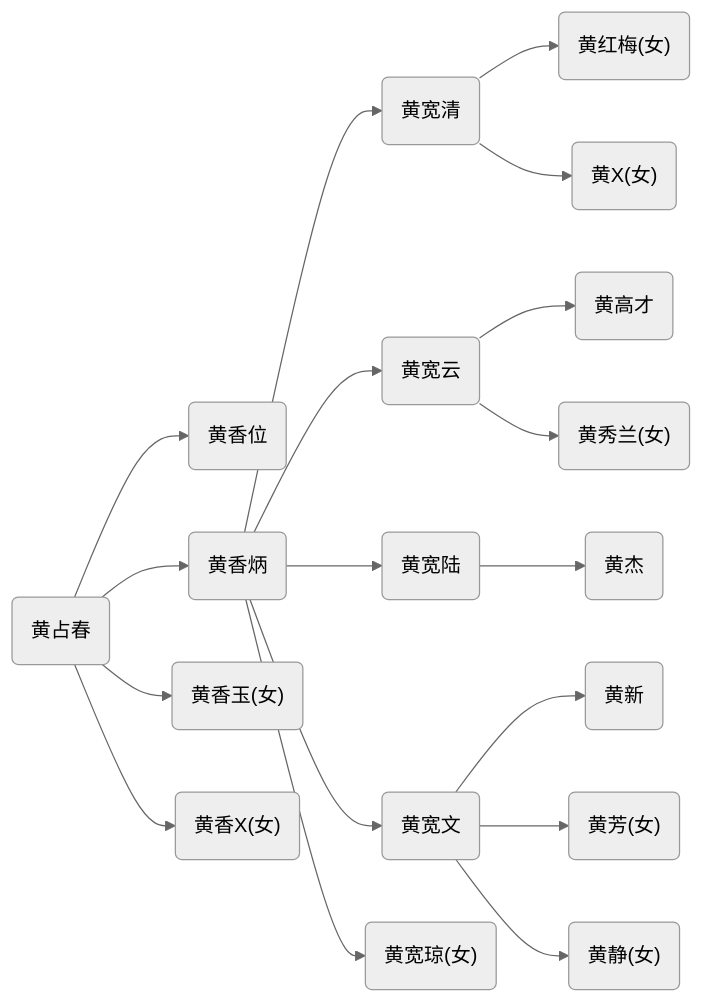
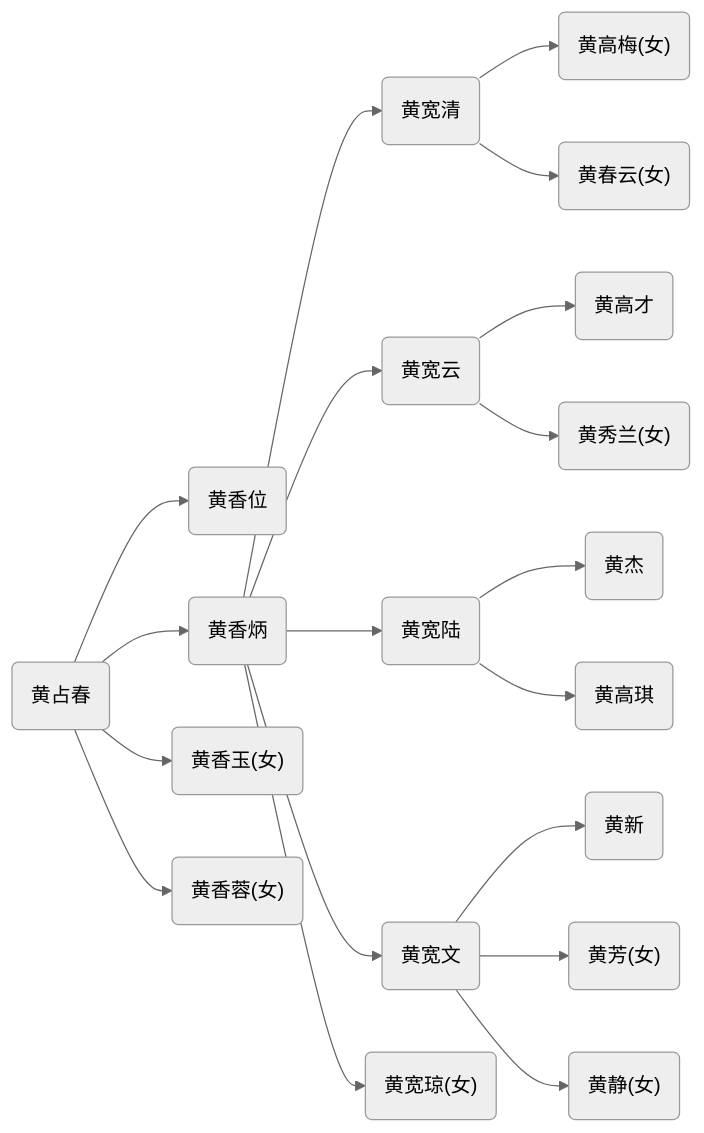
The sixth of 6 diagrams in contents/chapter3.md (jeanim/jiapu), drawn with Mermaid (neutral theme) before and after one commit. The commit also changed other lines of this file, not shown here.

```diff
--- a/contents/chapter3.md
+++ b/contents/chapter3.md
@@ -451,20 +452,21 @@
 {% mermaid %}
 graph LR;
   huangzhanchun("黄占春")-->huangxiangwei("黄香位");
   huangzhanchun("黄占春")-->huangxiangbing("黄香炳");
   huangzhanchun("黄占春")-->huangxiangyu("黄香玉(女)");
-  huangzhanchun("黄占春")-->huangxiangx("黄香X(女)");
+  huangzhanchun("黄占春")-->huangxiangx("黄香蓉(女)");
   huangxiangbing("黄香炳")-->huangkuanqing("黄宽清");
-  huangkuanqing("黄宽清")-->huanghongmei("黄红梅(女)");
-  huangkuanqing("黄宽清")-->huangx("黄X(女)");
+  huangkuanqing("黄宽清")-->huanghongmei("黄高梅(女)");
+  huangkuanqing("黄宽清")-->huangx("黄春云(女)");
   huangxiangbing("黄香炳")-->huangkuanyun("黄宽云");
   huangkuanyun("黄宽云")-->huanggaocai("黄高才");
   huangkuanyun("黄宽云")-->huangxiulan("黄秀兰(女)");
   huangxiangbing("黄香炳")-->huangkuanlu("黄宽陆");
   huangkuanlu("黄宽陆")-->huangjie("黄杰");
+  huangkuanlu("黄宽陆")-->huanggaoqi("黄高琪");
   huangxiangbing("黄香炳")-->huangkuanwen("黄宽文");
   huangkuanwen("黄宽文")-->huangxin("黄新");
   huangkuanwen("黄宽文")-->huangfang("黄芳(女)");
   huangkuanwen("黄宽文")-->huangjing("黄静(女)");
   huangxiangbing("黄香炳")-->huangkuanqiong("黄宽琼(女)");
 {% endmermaid %}
```
